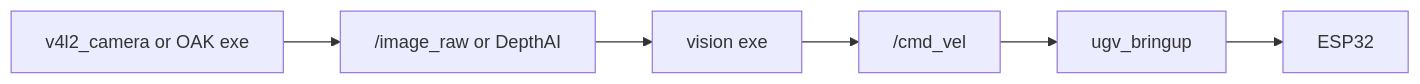
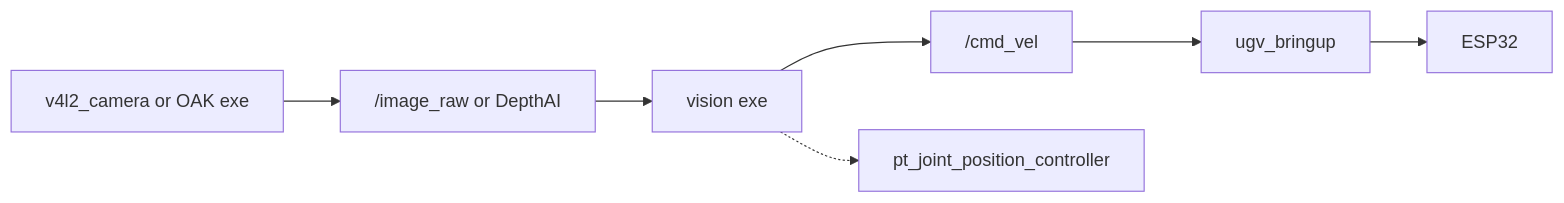
Before and after one commit to waveshareteam/ugv_ws: the diagram in docs/vision.md, drawn with Mermaid. The commit also changed other lines of this file and 19 other files, not shown here.

Commit message:
Fix lidar/vision demo RViz and Gazebo sim_time; fix Harmonic PT camera_info bridge; install ugv_vision model assets; unify Data transfer process docs/mermaid.

````diff
--- a/docs/vision.md
+++ b/docs/vision.md
@@ -88,11 +90,14 @@
 ```mermaid
 flowchart LR
   CAM[v4l2_camera or OAK exe]
   IMG["/image_raw or DepthAI"]
   DEMO["vision exe"]
   CV["/cmd_vel"]
+  PT["pt_joint_position_controller"]
   BR[ugv_bringup]
   ESP[ESP32]
 
-  CAM --> IMG --> DEMO --> CV --> BR --> ESP
+  CAM --> IMG --> DEMO
+  DEMO --> CV --> BR --> ESP
+  DEMO -.-> PT
 ```
````
